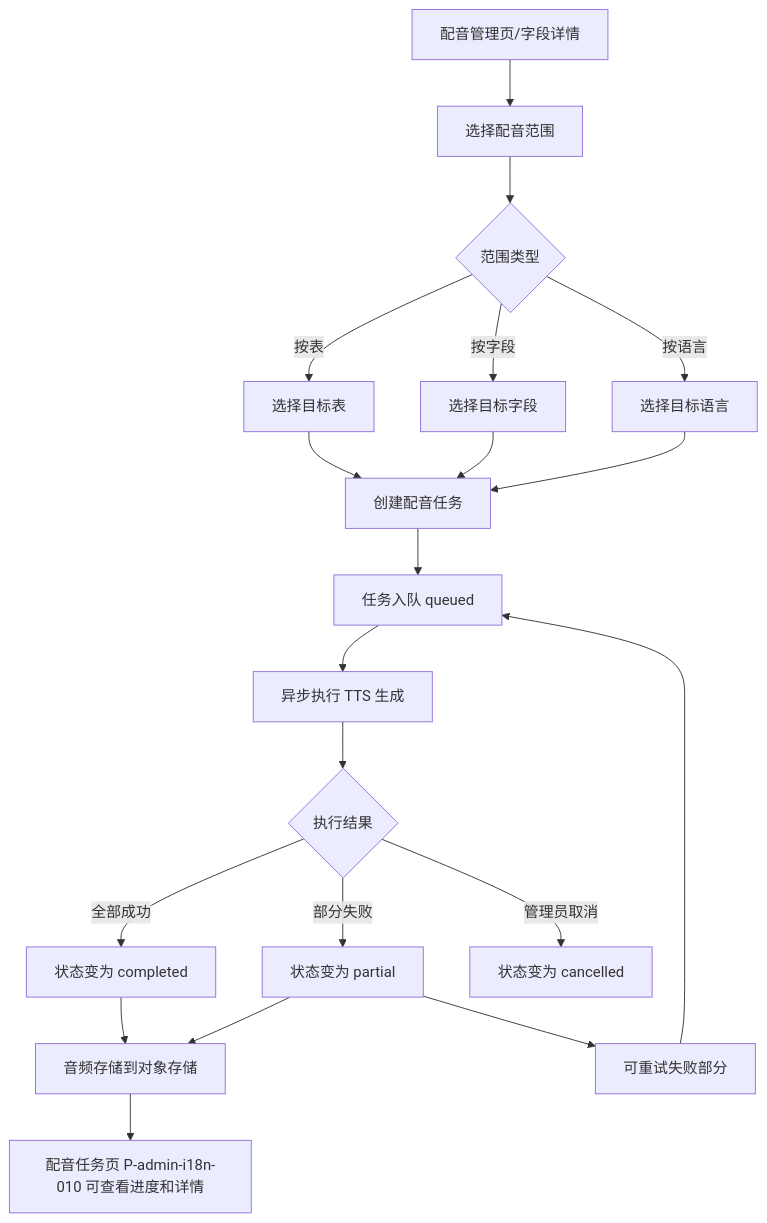
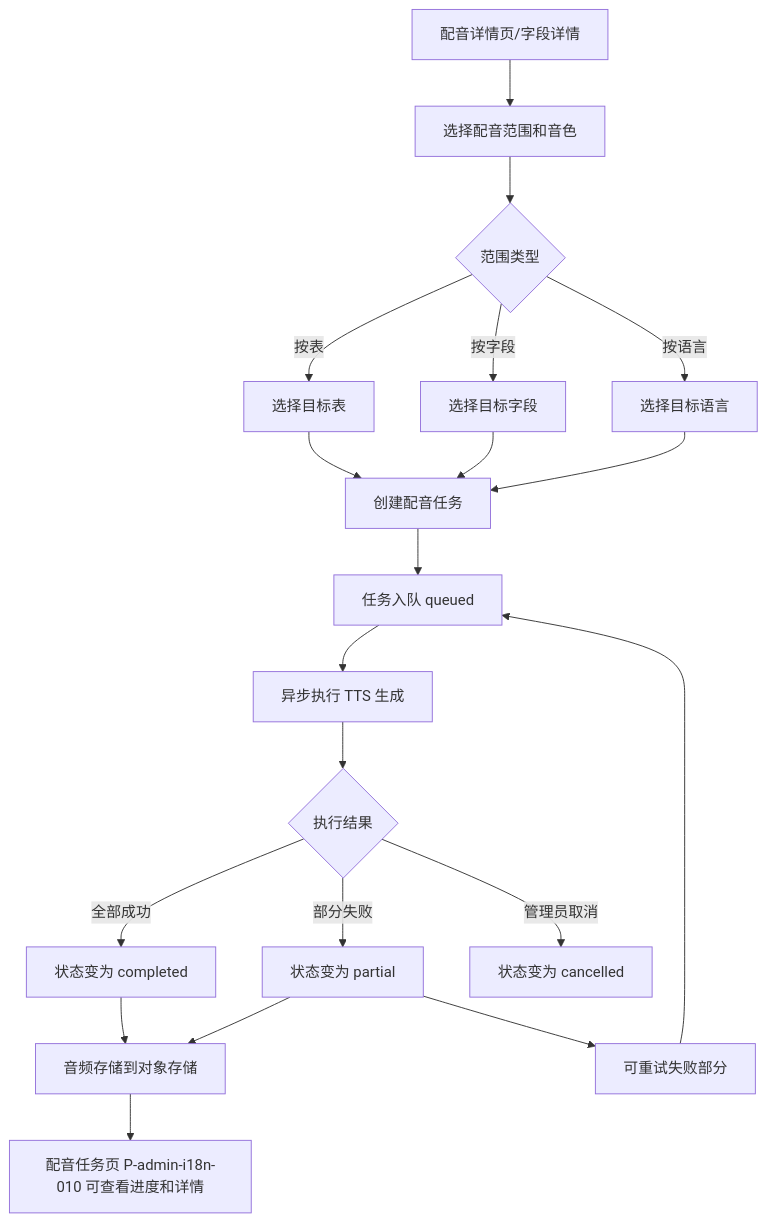
One commit to foryou2026/chinese changed the sixth of 8 diagrams in docs/C02-ia-interaction/admin/i18n/translation-hub/02-flows.md. Above: the diagram before and after it, drawn with Mermaid. The commit also changed other lines of this file and 33 other files, not shown here.

````diff
--- a/docs/C02-ia-interaction/admin/i18n/translation-hub/02-flows.md
+++ b/docs/C02-ia-interaction/admin/i18n/translation-hub/02-flows.md
@@ -93,19 +98,19 @@
 ```mermaid
 flowchart TD
-    A[配音管理页/字段详情] --> B[选择配音范围]
+    A[配音详情页/字段详情] --> B[选择配音范围和音色]
     B --> C{范围类型}
     C -->|按表| D[选择目标表]
     C -->|按字段| E[选择目标字段]
     C -->|按语言| F[选择目标语言]
     D & E & F --> G[创建配音任务]
     G --> H[任务入队 queued]
     H --> I[异步执行 TTS 生成]
     I --> J{执行结果}
     J -->|全部成功| K[状态变为 completed]
     J -->|部分失败| L[状态变为 partial]
     J -->|管理员取消| M[状态变为 cancelled]
     K & L --> N[音频存储到对象存储]
     N --> O[配音任务页 P-admin-i18n-010 可查看进度和详情]
     L --> P[可重试失败部分]
     P --> H
 ```
````
